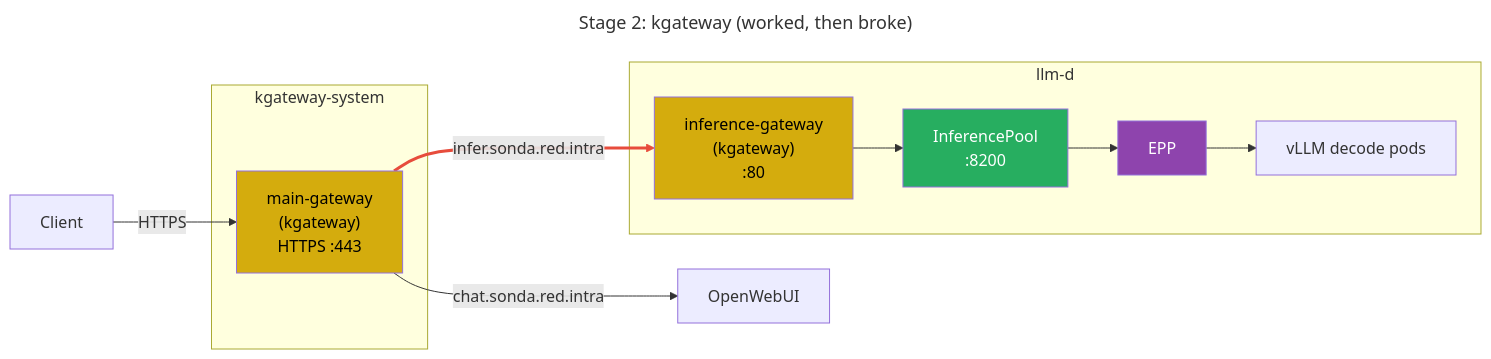
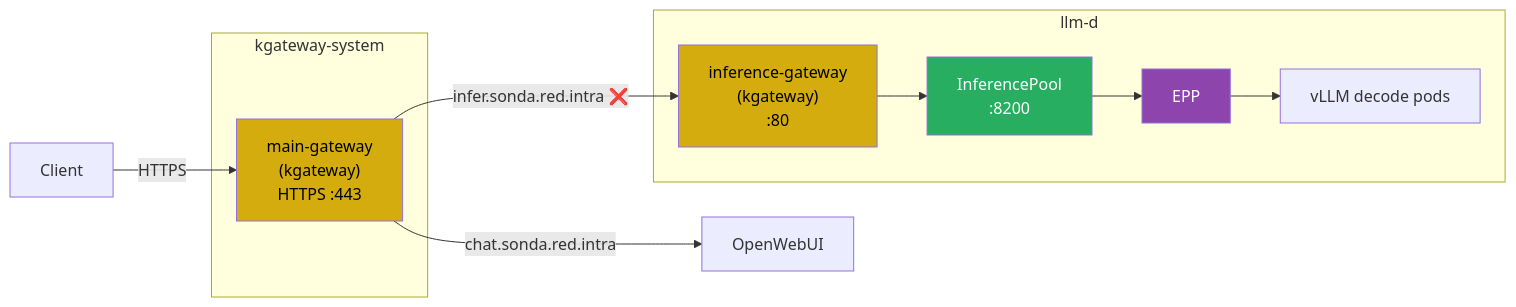
One commit to sonda-red/blog changed the second of 3 diagrams in content/posts/07-intel-homelab-5.md. Above: the diagram before and after it, drawn with Mermaid. The commit also changed other lines of this file, not shown here.

Commit message:
fix: update mermaid diagrams and captions for clarity in blog post on LLM routing and migration

````diff
--- a/content/posts/07-intel-homelab-5.md
+++ b/content/posts/07-intel-homelab-5.md
@@ -242,34 +240,29 @@
-```mermaid
----
-title: "Stage 2: kgateway (worked, then broke)"
----
+{{< mermaid >}}
 flowchart LR
     client["Client"]
 
     subgraph kgw["kgateway-system"]
         gw["main-gateway\n(kgateway)\nHTTPS :443"]
     end
 
     subgraph llmd["llm-d"]
         int_gw["inference-gateway\n(kgateway)\n:80"]
         pool["InferencePool\n:8200"]
         epp["EPP"]
         vllm["vLLM decode pods"]
     end
 
     owui["OpenWebUI"]
 
     client -->|HTTPS| gw
     gw -->|"chat.sonda.red.intra"| owui
-    gw -->|"infer.sonda.red.intra"| int_gw
+    gw -->|"infer.sonda.red.intra ❌"| int_gw
     int_gw --> pool
     pool --> epp
     epp --> vllm
 
     style gw fill:#d4ac0d,color:#000
     style int_gw fill:#d4ac0d,color:#000
     style pool fill:#27ae60,color:#fff
     style epp fill:#8e44ad,color:#fff
-
-    linkStyle 2 stroke:#e74c3c,stroke-width:3px
-```
+{{< /mermaid >}}
````
